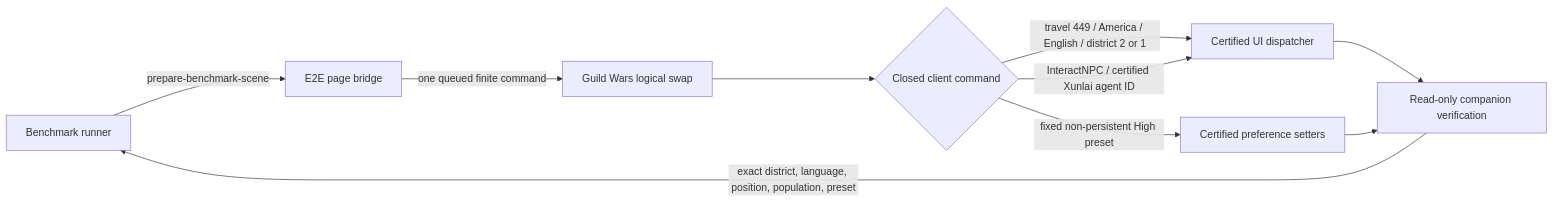
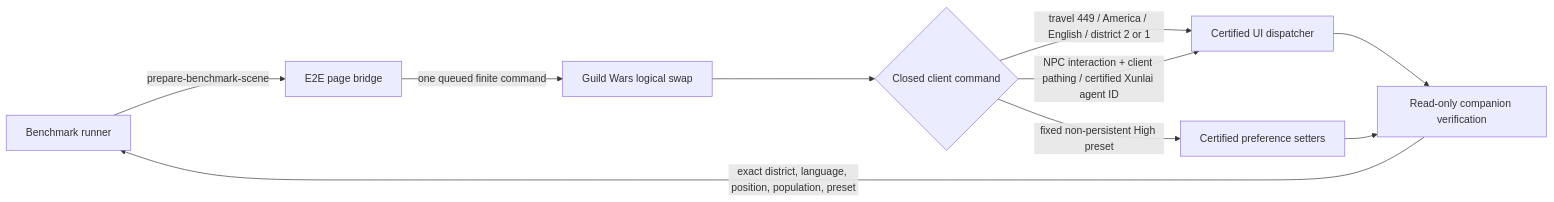
Before and after one commit to jean-humann/gwnative: the second of 2 diagrams in docs/performance.md, drawn with Mermaid. The commit also changed other lines of this file and 3 other files, not shown here.

Commit message:
test(perf): use client pathing for benchmark scene

````diff
--- a/docs/performance.md
+++ b/docs/performance.md
@@ -134,12 +136,12 @@
 ```mermaid
 flowchart LR
     R["Benchmark runner"] -->|"prepare-benchmark-scene"| P["E2E page bridge"]
     P -->|"one queued finite command"| S["Guild Wars logical swap"]
     S --> C{"Closed client command"}
     C -->|"travel 449 / America / English / district 2 or 1"| U["Certified UI dispatcher"]
-    C -->|"InteractNPC / certified Xunlai agent ID"| U
+    C -->|"NPC interaction + client pathing / certified Xunlai agent ID"| U
     C -->|"fixed non-persistent High preset"| G["Certified preference setters"]
     U --> V["Read-only companion verification"]
     G --> V
     V -->|"exact district, language, position, population, preset"| R
 ```
````
